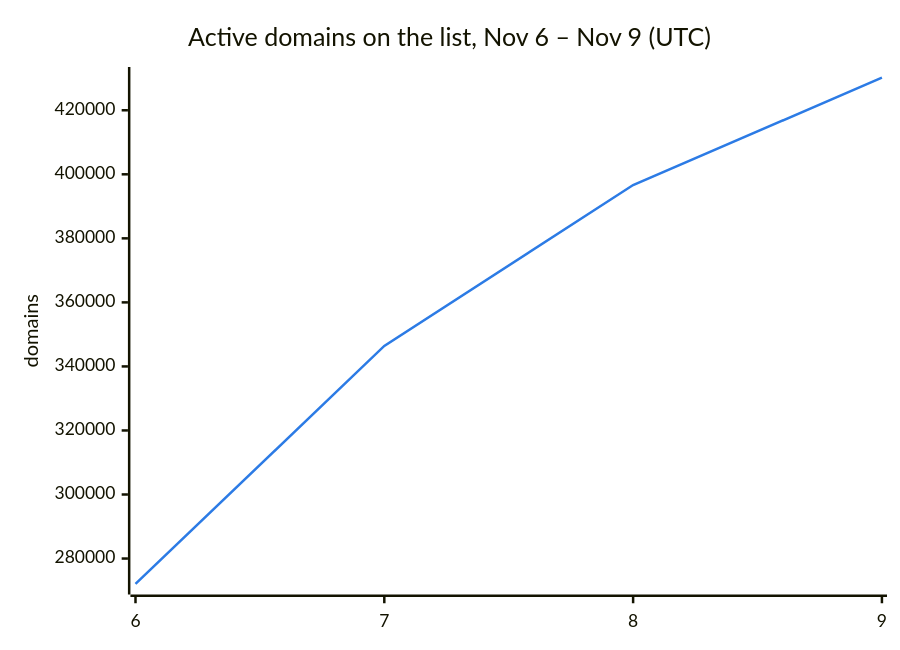
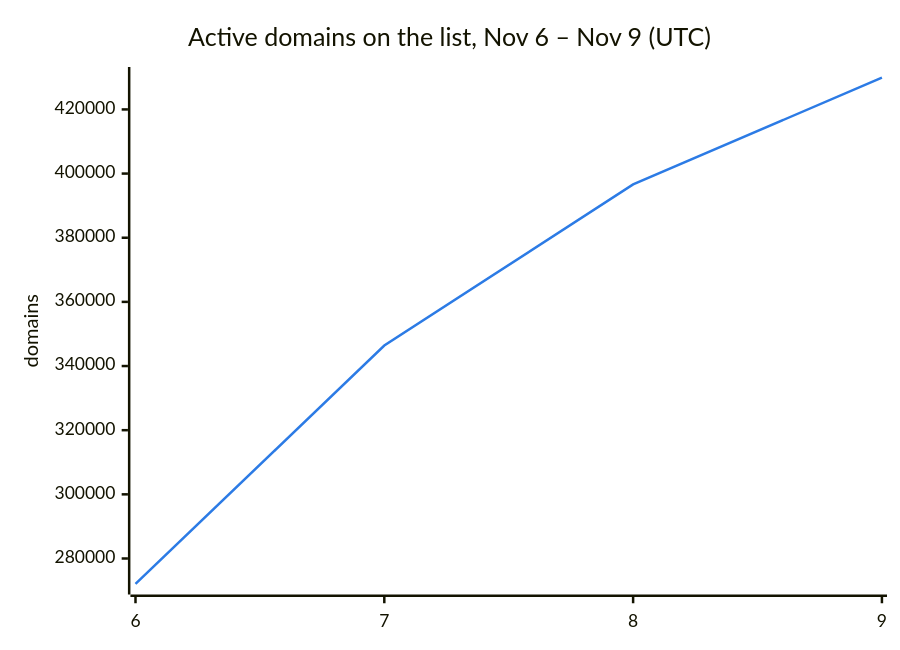
The second of 3 diagrams in README.md (DNSBunker/CTI), drawn with Mermaid before and after one commit. The commit also changed other lines of this file and 3 other files, not shown here.

````diff
--- a/README.md
+++ b/README.md
@@ -38,8 +38,8 @@
 ```mermaid
 %%{init: {"themeVariables": {"xyChart": {"plotColorPalette": "#2c7be5"}}}}%%
 xychart-beta
     title "Active domains on the list, Nov 6 – Nov 9 (UTC)"
     x-axis ["6", "7", "8", "9"]
     y-axis "domains"
-    line [272088, 346388, 396638, 430194]
+    line [272088, 346388, 396638, 429913]
 ```
````
